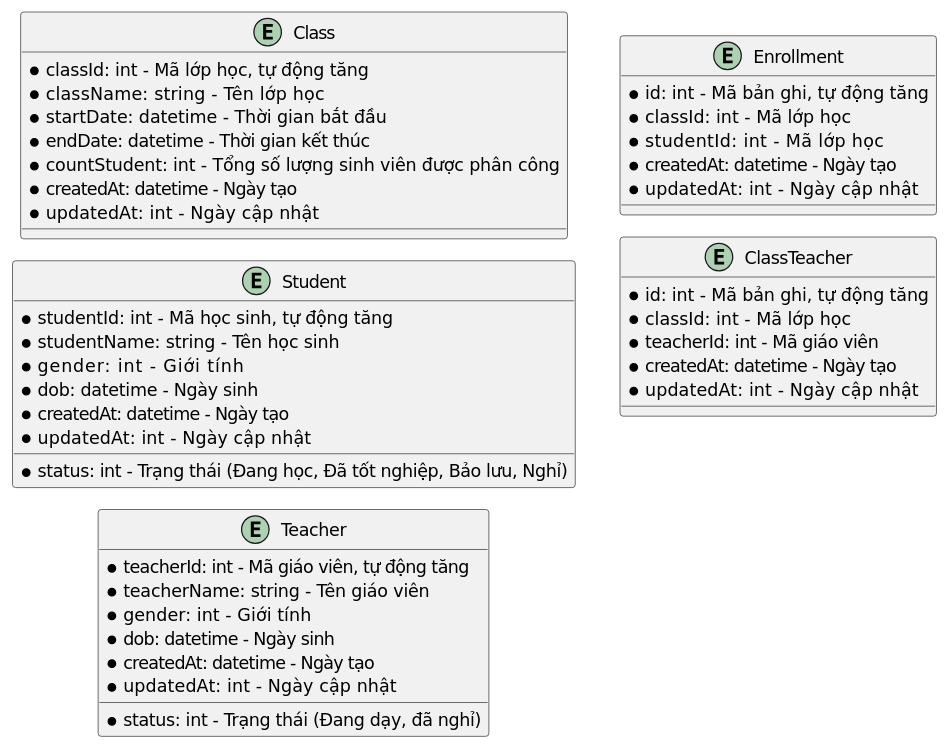
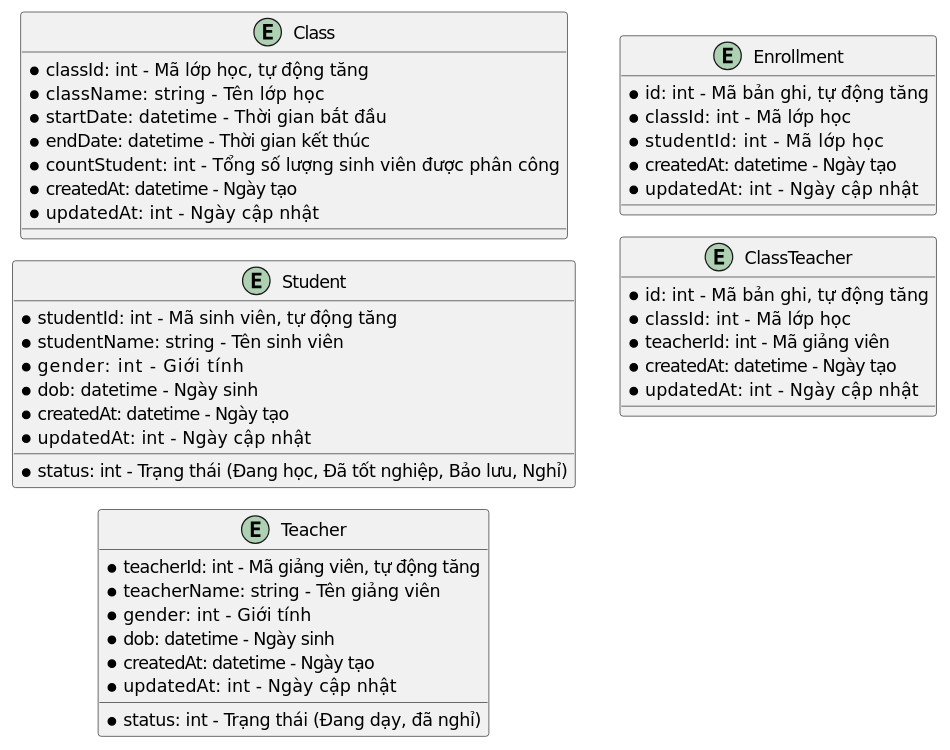
Before and after one commit to alvinnguyen9820-prog/TestPUML: the diagram in 3.ldm.puml, drawn with PlantUML. The commit also changed 34 other files, not shown here.

```diff
--- a/3.ldm.puml
+++ b/3.ldm.puml
@@ -1,52 +1,52 @@
 @startuml ldm
 !pragma layout smetana
 left to right direction
 entity Class
 entity Student
 entity Teacher
 entity Enrollment
 entity ClassTeacher
 entity Class {
   * classId: int    - Mã lớp học, tự động tăng
   * className: string      - Tên lớp học
   * startDate: datetime      - Thời gian bắt đầu
   * endDate: datetime   - Thời gian kết thúc
   * countStudent: int      - Tổng số lượng sinh viên được phân công
   * createdAt: datetime - Ngày tạo
   * updatedAt: int      - Ngày cập nhật
 
 }
 entity Student {
-  * studentId: int    - Mã học sinh, tự động tăng
-  * studentName: string    - Tên học sinh
+  * studentId: int    - Mã sinh viên, tự động tăng
+  * studentName: string    - Tên sinh viên
   * gender: int        - Giới tính
   * dob: datetime   - Ngày sinh
   * status: int    - Trạng thái (Đang học, Đã tốt nghiệp, Bảo lưu, Nghỉ)
   * createdAt: datetime - Ngày tạo
   * updatedAt: int      - Ngày cập nhật
 }
 entity Teacher {
-  * teacherId: int - Mã giáo viên, tự động tăng
-  * teacherName: string    - Tên giáo viên
+  * teacherId: int - Mã giảng viên, tự động tăng
+  * teacherName: string    - Tên giảng viên
   * gender: int    - Giới tính
   * dob: datetime - Ngày sinh
   * status: int    - Trạng thái (Đang dạy, đã nghỉ)
   * createdAt: datetime - Ngày tạo
   * updatedAt: int      - Ngày cập nhật
 }
 entity Enrollment {
   * id: int    - Mã bản ghi, tự động tăng
   * classId: int    - Mã lớp học
   * studentId: int      - Mã lớp học
   * createdAt: datetime - Ngày tạo
   * updatedAt: int      - Ngày cập nhật
 }
 entity ClassTeacher {
   * id: int    - Mã bản ghi, tự động tăng
   * classId: int    - Mã lớp học
-  * teacherId: int  - Mã giáo viên
+  * teacherId: int  - Mã giảng viên
   * createdAt: datetime - Ngày tạo
   * updatedAt: int      - Ngày cập nhật
 }
 
 @enduml
```
